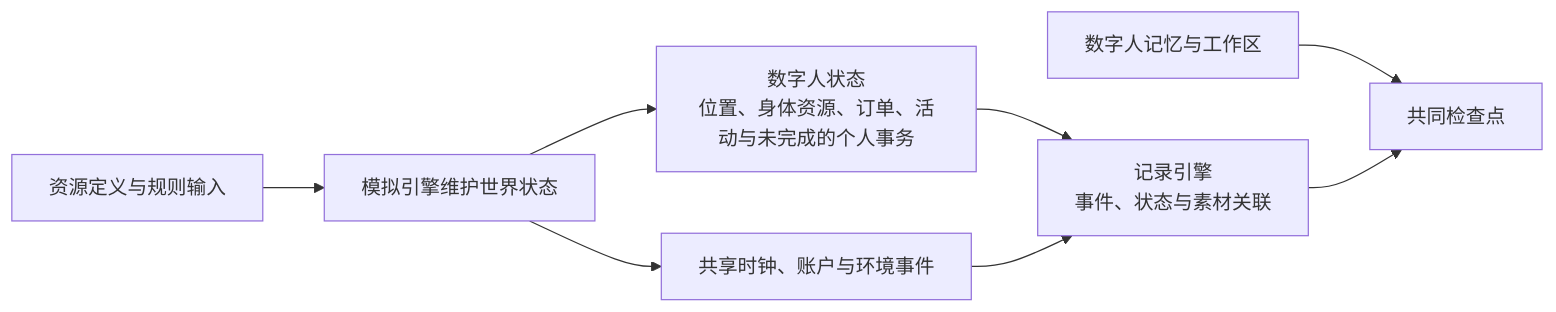
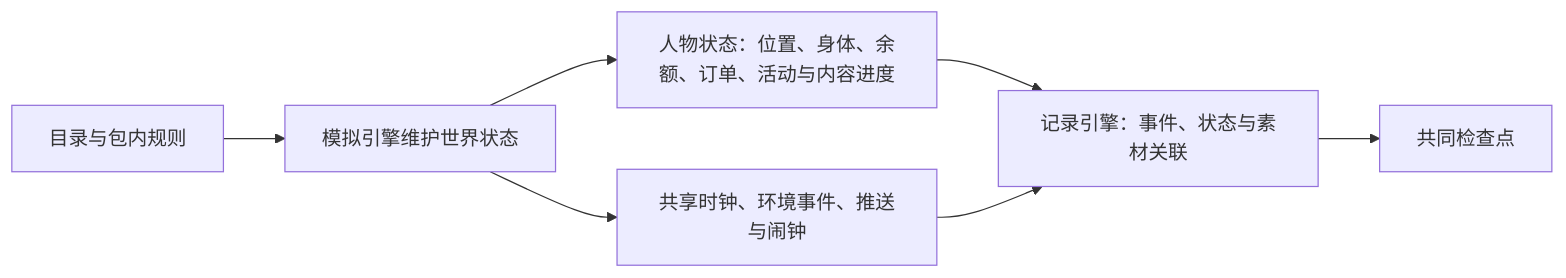
Before and after one commit to HoldThatThgt/WorldMock: the sixth of 7 diagrams in docs/design/01-architecture.md, drawn with Mermaid. The commit also changed other lines of this file and 289 other files, not shown here.

````diff
--- a/docs/design/01-architecture.md
+++ b/docs/design/01-architecture.md
@@ -407,10 +276,9 @@
 ```mermaid
 flowchart LR
-    R[资源定义与规则输入] --> W[模拟引擎维护世界状态]
-    W --> A[数字人状态<br/>位置、身体资源、订单、活动与未完成的个人事务]
-    W --> T[共享时钟、账户与环境事件]
-    A --> F[记录引擎<br/>事件、状态与素材关联]
+    R[目录与包内规则] --> W[模拟引擎维护世界状态]
+    W --> A[人物状态：位置、身体、余额、订单、活动与内容进度]
+    W --> T[共享时钟、环境事件、推送与闹钟]
+    A --> F[记录引擎：事件、状态与素材关联]
     T --> F
-    M[数字人记忆与工作区] --> C[共同检查点]
-    F --> C
+    F --> C[共同检查点]
 ```
````
